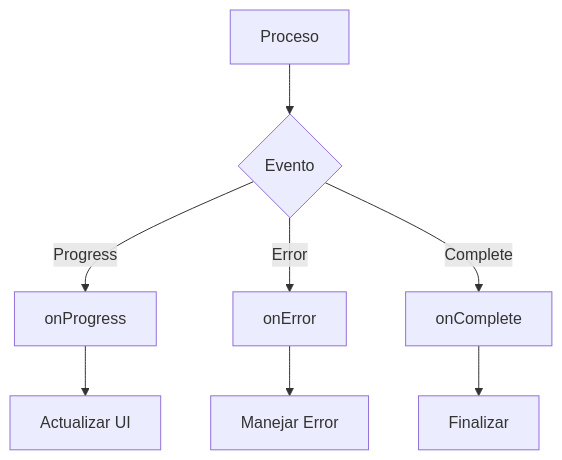
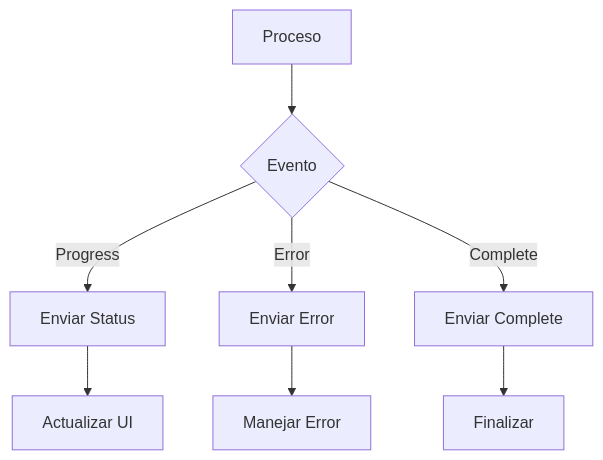
One commit to gvastethecreator/media-manager changed the second of 4 diagrams in docs/services/folder-service.md. Above: the diagram before and after it, drawn with Mermaid. The commit also changed other lines of this file and 4 other files, not shown here.

````diff
--- a/docs/services/folder-service.md
+++ b/docs/services/folder-service.md
@@ -179,10 +254,10 @@
 ```mermaid
 flowchart TD
-    A[Proceso] --> B{Evento}
-    B -->|Progress| C[onProgress]
-    B -->|Error| D[onError]
-    B -->|Complete| E[onComplete]
-    C --> F[Actualizar UI]
-    D --> G[Manejar Error]
-    E --> H[Finalizar]
+	A[Proceso] --> B{Evento}
+	B -->|Progress| C[Enviar Status]
+	B -->|Error| D[Enviar Error]
+	B -->|Complete| E[Enviar Complete]
+	C --> F[Actualizar UI]
+	D --> G[Manejar Error]
+	E --> H[Finalizar]
 ```
````
